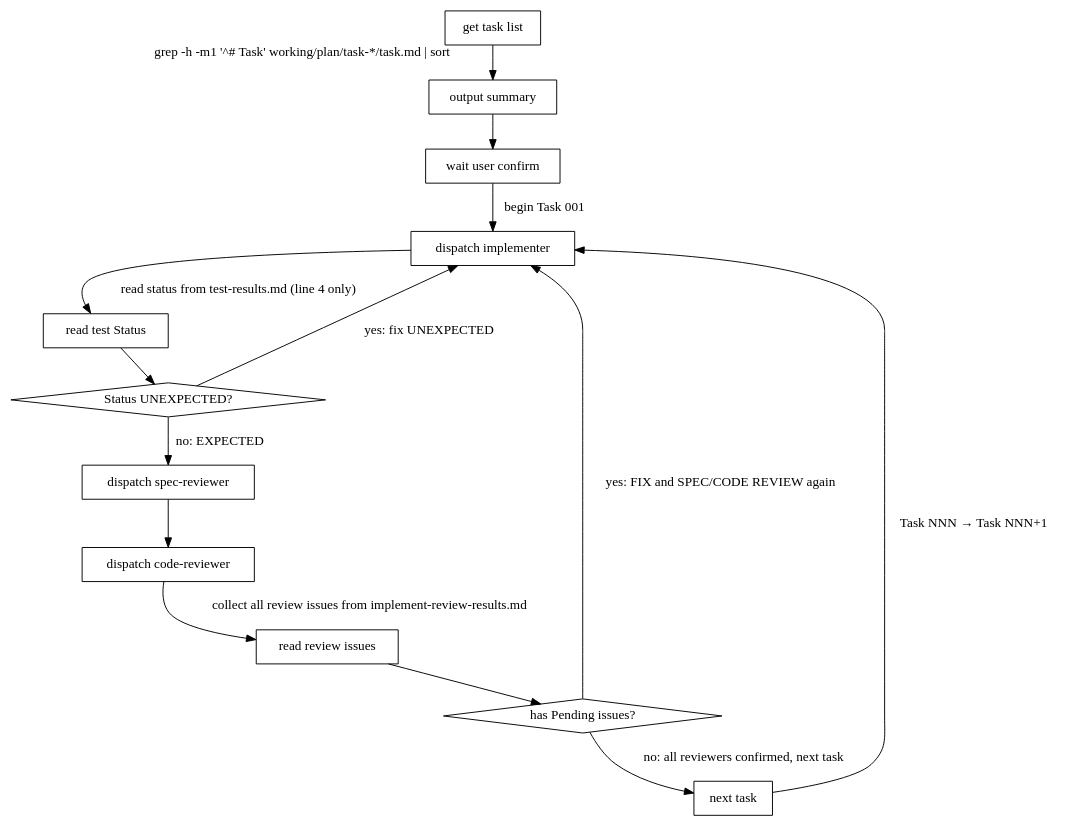
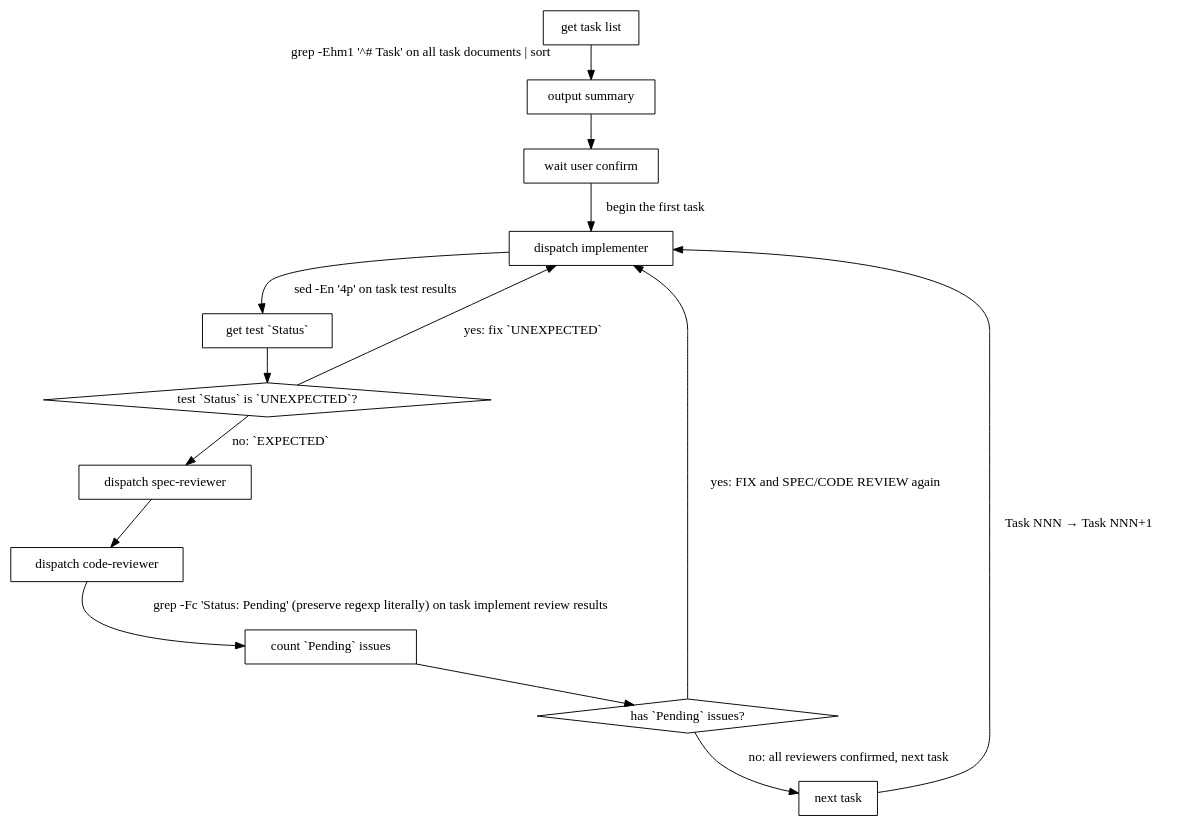
One commit to abadcafe/superteam changed the diagram in skills/executing/SKILL.md. Above: the diagram before and after it, drawn with Graphviz. The commit also changed other lines of this file and 7 other files, not shown here.

````diff
--- a/skills/executing/SKILL.md
+++ b/skills/executing/SKILL.md
@@ -100,29 +100,29 @@
 ```dot
 digraph executing_flow {
   "get task list" [shape=box]
   "output summary" [shape=box]
   "wait user confirm" [shape=box]
   "dispatch implementer" [shape=box]
-  "read test Status" [shape=box]
-  "Status UNEXPECTED?" [shape=diamond]
+  "get test `Status`" [shape=box]
+  "test `Status` is `UNEXPECTED`?" [shape=diamond]
   "dispatch spec-reviewer" [shape=box]
   "dispatch code-reviewer" [shape=box]
-  "read review issues" [shape=box]
-  "has Pending issues?" [shape=diamond]
+  "count `Pending` issues" [shape=box]
+  "has `Pending` issues?" [shape=diamond]
   "next task" [shape=box]
 
-  "get task list" -> "output summary" [taillabel="grep -h -m1 '^# Task' working/plan/task-*/task.md | sort"]
+  "get task list" -> "output summary" [taillabel="grep -Ehm1 '^# Task' on all task documents | sort"]
   "output summary" -> "wait user confirm"
-  "wait user confirm" -> "dispatch implementer" [label="begin Task 001"]
-  "dispatch implementer" -> "read test Status" [label="read status from test-results.md (line 4 only)"]
-  "read test Status" -> "Status UNEXPECTED?"
-  "Status UNEXPECTED?" -> "dispatch implementer" [label="yes: fix UNEXPECTED"]
-  "Status UNEXPECTED?" -> "dispatch spec-reviewer" [label="no: EXPECTED"]
+  "wait user confirm" -> "dispatch implementer" [label="begin the first task"]
+  "dispatch implementer" -> "get test `Status`" [label="sed -En '4p' on task test results"]
+  "get test `Status`" -> "test `Status` is `UNEXPECTED`?"
+  "test `Status` is `UNEXPECTED`?" -> "dispatch implementer" [label="yes: fix `UNEXPECTED`"]
+  "test `Status` is `UNEXPECTED`?" -> "dispatch spec-reviewer" [label="no: `EXPECTED`"]
   "dispatch spec-reviewer" -> "dispatch code-reviewer"
-  "dispatch code-reviewer" -> "read review issues" [label="collect all review issues from implement-review-results.md"]
-  "read review issues" -> "has Pending issues?"
-  "has Pending issues?" -> "dispatch implementer" [label="yes: FIX and SPEC/CODE REVIEW again"]
-  "has Pending issues?" -> "next task" [label="no: all reviewers confirmed, next task"]
+  "dispatch code-reviewer" -> "count `Pending` issues" [label="grep -Fc 'Status: Pending' (preserve regexp literally) on task implement review results"]
+  "count `Pending` issues" -> "has `Pending` issues?"
+  "has `Pending` issues?" -> "dispatch implementer" [label="yes: FIX and SPEC/CODE REVIEW again"]
+  "has `Pending` issues?" -> "next task" [label="no: all reviewers confirmed, next task"]
   "next task" -> "dispatch implementer" [label="Task NNN → Task NNN+1"]
 }
 ```
````
